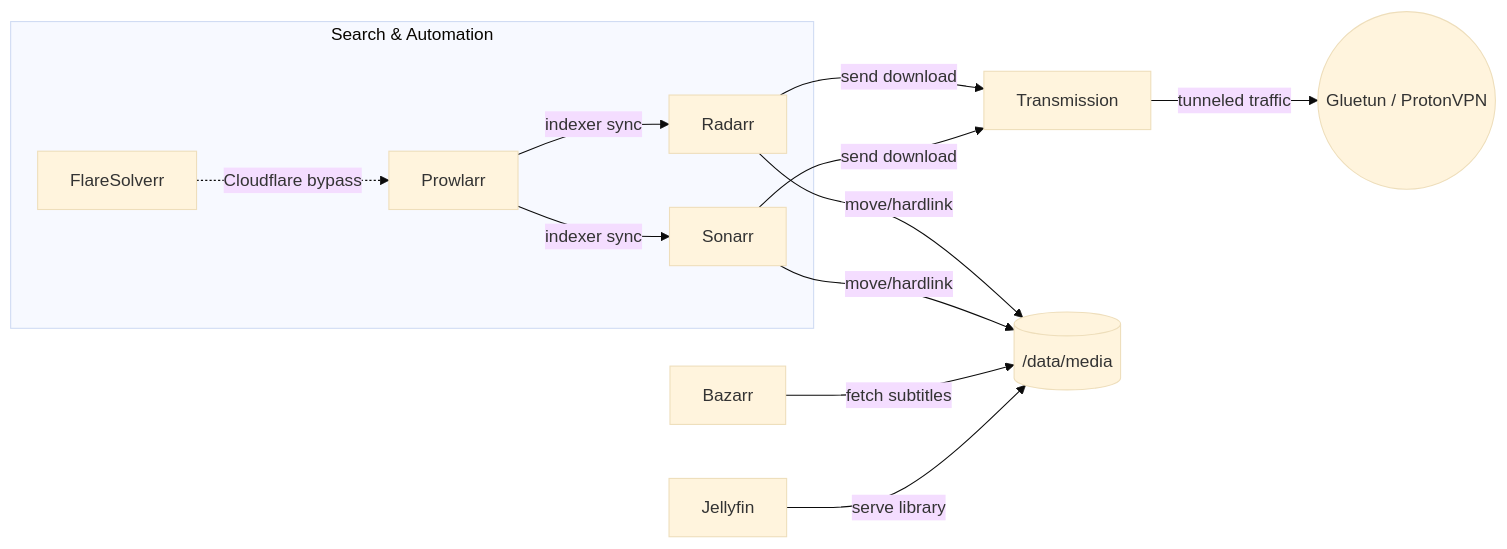
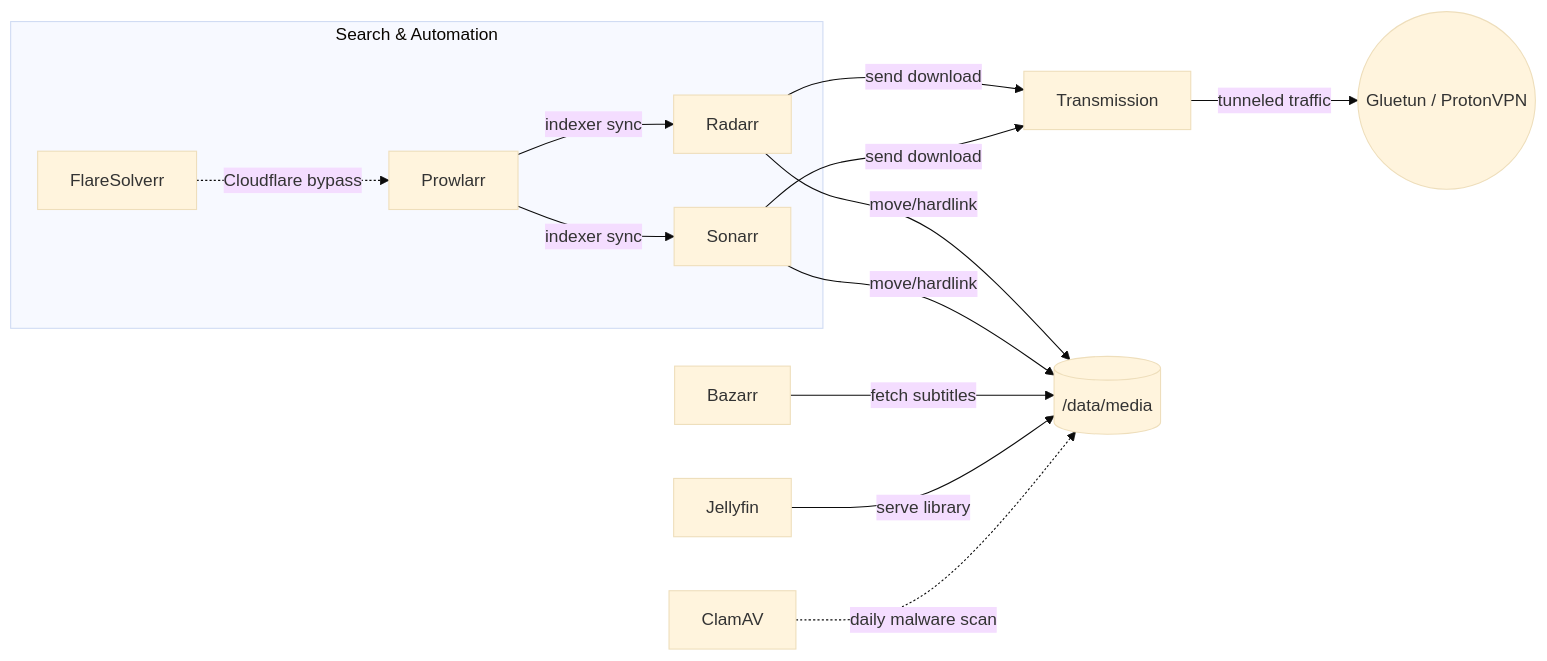
The diagram in README.md (jademuun/videopozicovna), drawn with Mermaid (base theme) before and after one commit. The commit also changed other lines of this file and 1 other file, not shown here.

First line of the commit message:
Revert size-limit bump, fix log readability, document ClamAV in README

````diff
--- a/README.md
+++ b/README.md
@@ -9,15 +9,16 @@
 ```mermaid
 flowchart LR
     subgraph Search & Automation
         Prowlarr -->|indexer sync| Radarr
         Prowlarr -->|indexer sync| Sonarr
         FlareSolverr -.Cloudflare bypass.-> Prowlarr
     end
     Radarr -->|send download| Transmission
     Sonarr -->|send download| Transmission
     Transmission -->|tunneled traffic| Gluetun((Gluetun / ProtonVPN))
     Radarr -->|move/hardlink| Media[(/data/media)]
     Sonarr -->|move/hardlink| Media
     Bazarr -->|fetch subtitles| Media
     Jellyfin -->|serve library| Media
+    ClamAV -.daily malware scan.-> Media
 ```
````
